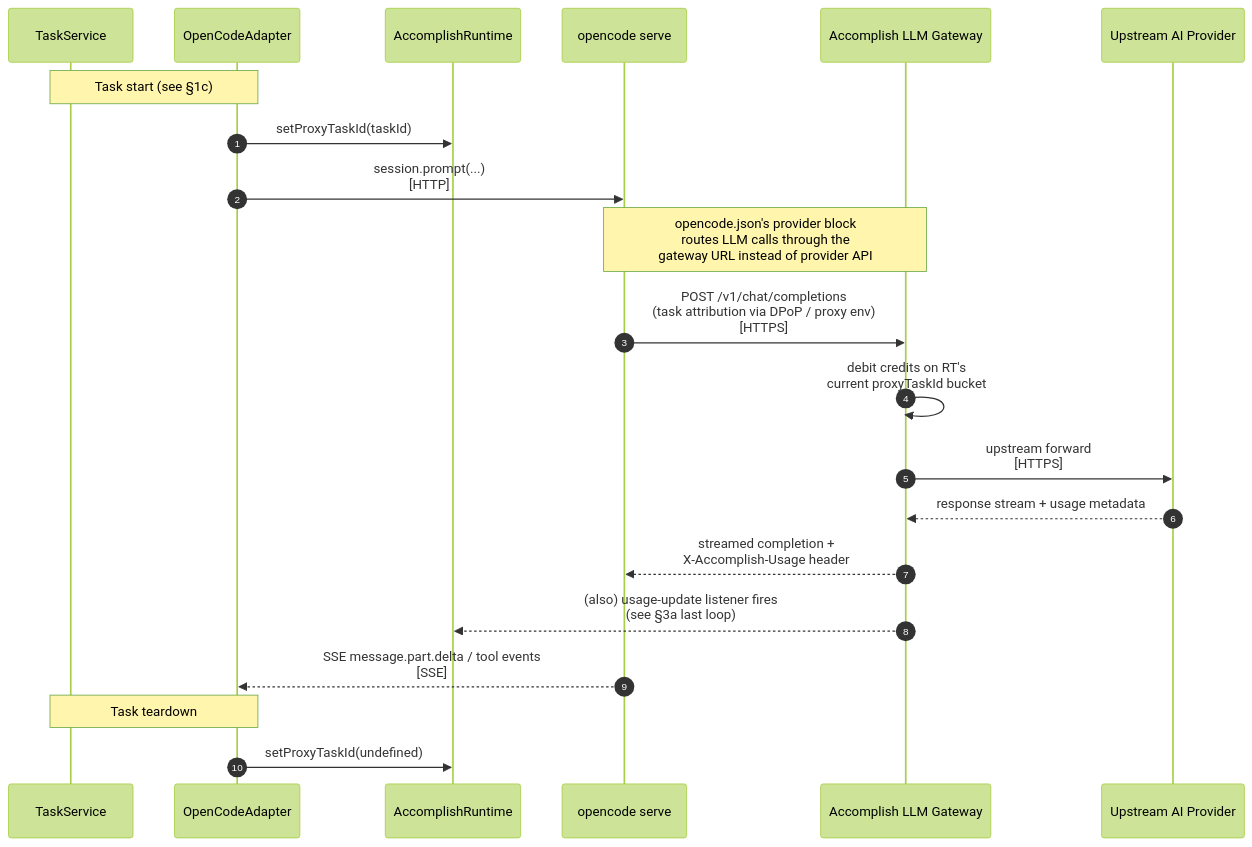
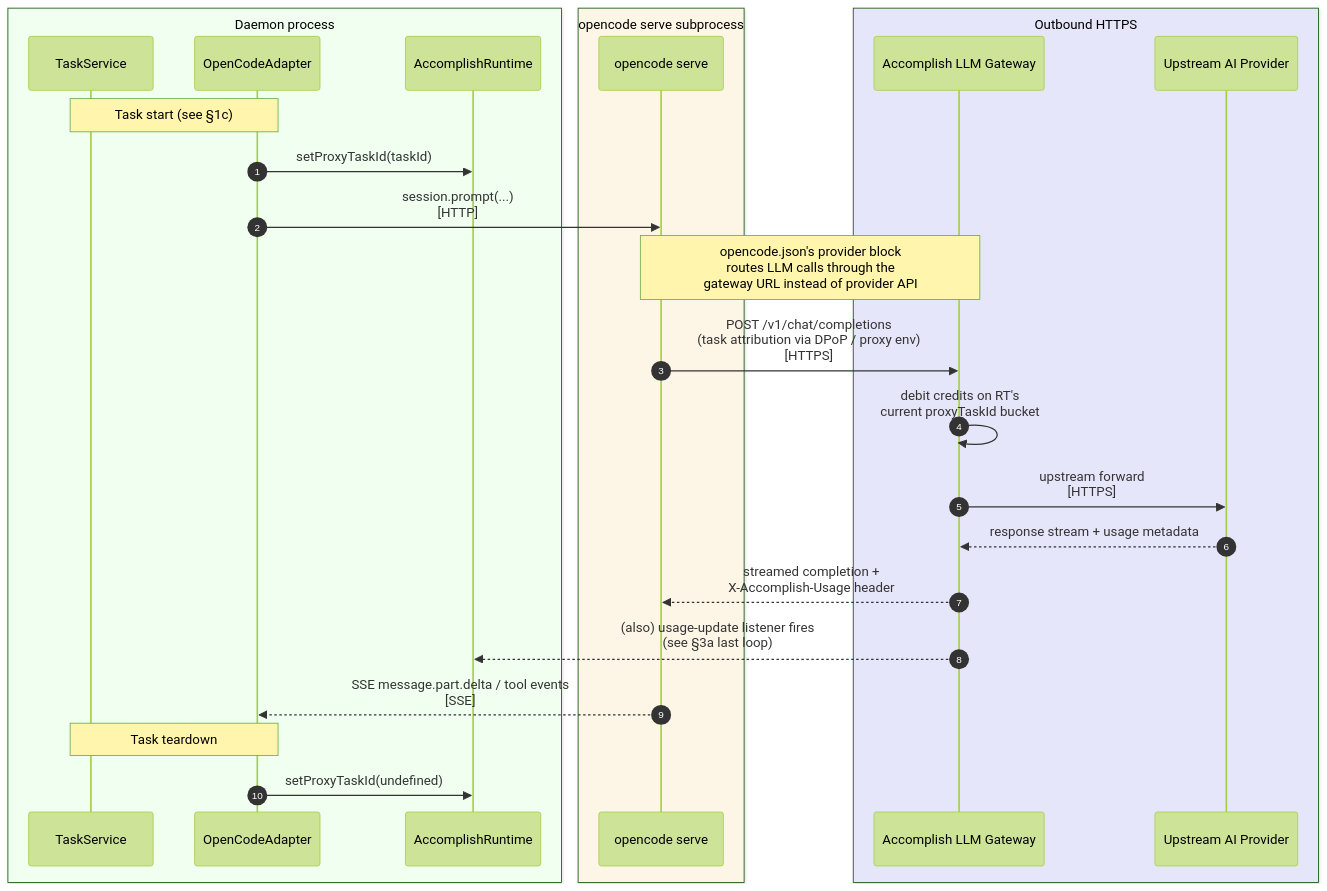
The tenth of 10 diagrams in docs/functional-sequence-diagrams.md (accomplish-ai/accomplish), drawn with Mermaid (forest theme) before and after one commit. The commit also changed other lines of this file and 46 other files, not shown here.

````diff
--- a/docs/functional-sequence-diagrams.md
+++ b/docs/functional-sequence-diagrams.md
@@ -327,28 +396,34 @@
 ```mermaid
 sequenceDiagram
     autonumber
-    participant TS as TaskService
-    participant A as OpenCodeAdapter
-    participant RT as AccomplishRuntime
-    participant OC as opencode serve
-    participant GW as Accomplish LLM Gateway
-    participant AI as Upstream AI Provider
+    box honeydew Daemon process
+      participant TS as TaskService
+      participant A as OpenCodeAdapter
+      participant RT as AccomplishRuntime
+    end
+    box oldlace opencode serve subprocess
+      participant OC as opencode serve
+    end
+    box lavender Outbound HTTPS
+      participant GW as Accomplish LLM Gateway
+      participant AI as Upstream AI Provider
+    end
 
     Note over TS,A: Task start (see §1c)
     A->>RT: setProxyTaskId(taskId)
 
     A->>OC: session.prompt(...)<br/>[HTTP]
 
     Note over OC,GW: opencode.json's provider block<br/>routes LLM calls through the<br/>gateway URL instead of provider API
 
     OC->>GW: POST /v1/chat/completions<br/>(task attribution via DPoP / proxy env)<br/>[HTTPS]
     GW->>GW: debit credits on RT's<br/>current proxyTaskId bucket
     GW->>AI: upstream forward<br/>[HTTPS]
     AI-->>GW: response stream + usage metadata
     GW-->>OC: streamed completion +<br/>X-Accomplish-Usage header
     GW-->>RT: (also) usage-update listener fires<br/>(see §3a last loop)
     OC-->>A: SSE message.part.delta / tool events<br/>[SSE]
 
     Note over A,TS: Task teardown
     A->>RT: setProxyTaskId(undefined)
 ```
````
